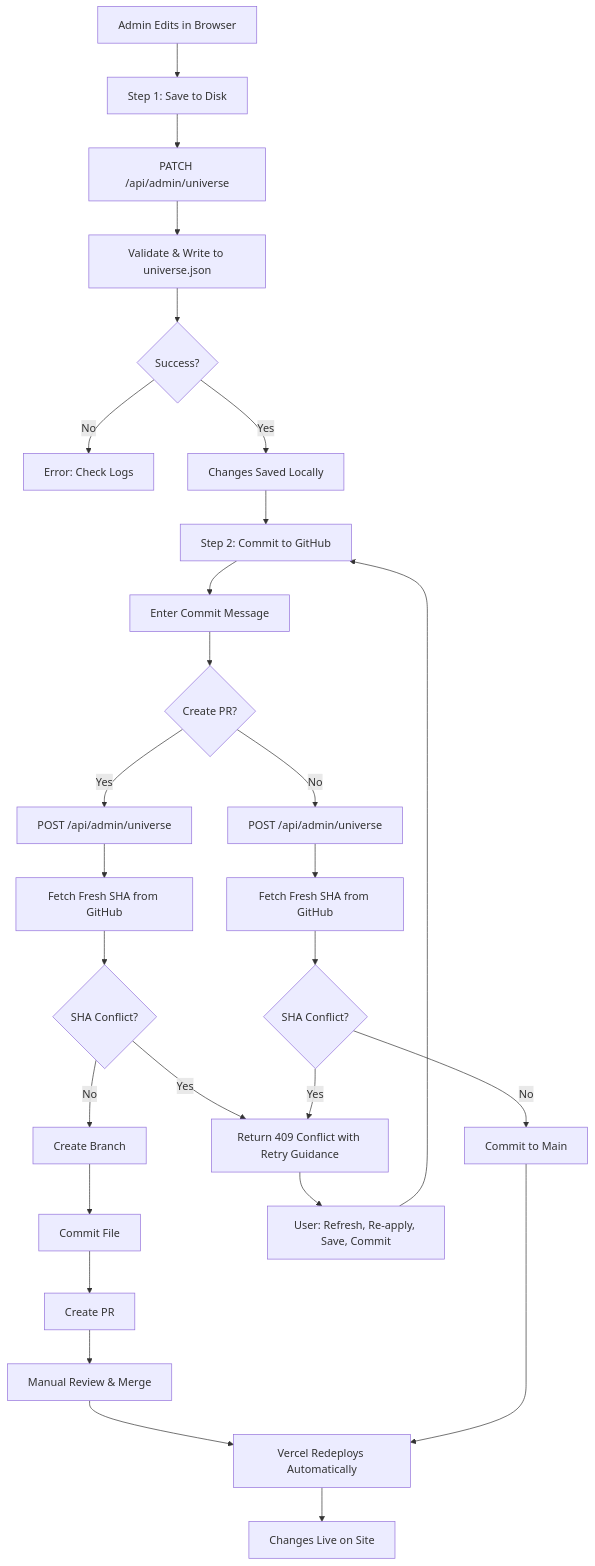
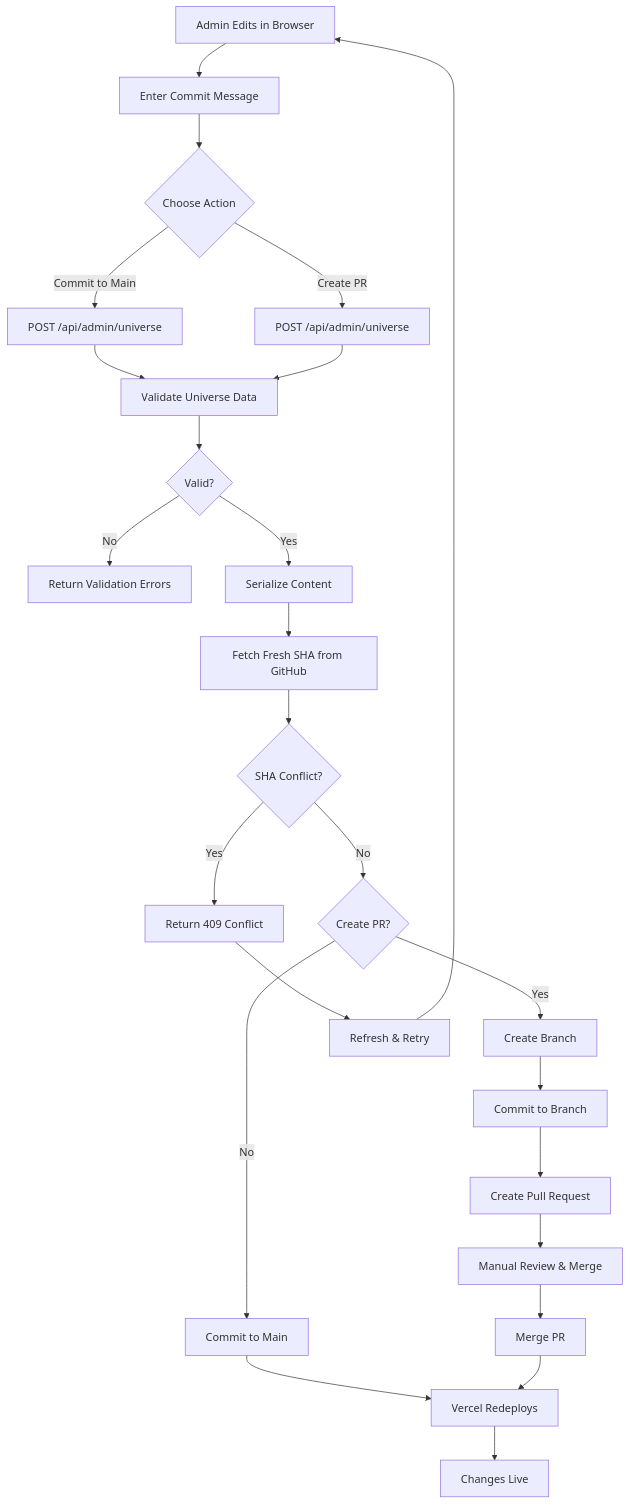
Before and after one commit to AgentFoundryExamples/the-horizon: the diagram in docs/deployment.md, drawn with Mermaid. The commit also changed other lines of this file and 7 other files, not shown here.

````diff
--- a/docs/deployment.md
+++ b/docs/deployment.md
@@ -252,30 +252,27 @@
 ```mermaid
 graph TD
-    A[Admin Edits in Browser] --> B[Step 1: Save to Disk]
-    B --> C[PATCH /api/admin/universe]
-    C --> D[Validate & Write to universe.json]
-    D --> E{Success?}
-    E -->|No| F[Error: Check Logs]
-    E -->|Yes| G[Changes Saved Locally]
-    G --> H[Step 2: Commit to GitHub]
-    H --> I[Enter Commit Message]
-    I --> J{Create PR?}
-    J -->|Yes| K[POST /api/admin/universe]
-    K --> L[Fetch Fresh SHA from GitHub]
-    L --> M{SHA Conflict?}
-    M -->|Yes| N[Return 409 Conflict with Retry Guidance]
-    M -->|No| O[Create Branch]
-    O --> P[Commit File]
-    P --> Q[Create PR]
-    Q --> R[Manual Review & Merge]
-    R --> S[Vercel Redeploys Automatically]
-    J -->|No| T[POST /api/admin/universe]
-    T --> U[Fetch Fresh SHA from GitHub]
-    U --> V{SHA Conflict?}
-    V -->|Yes| N
-    V -->|No| W[Commit to Main]
-    W --> S
-    S --> X[Changes Live on Site]
-    N --> Y[User: Refresh, Re-apply, Save, Commit]
-    Y --> H
+    A[Admin Edits in Browser] --> B[Enter Commit Message]
+    B --> C{Choose Action}
+    C -->|Commit to Main| D[POST /api/admin/universe]
+    C -->|Create PR| E[POST /api/admin/universe]
+    D --> F[Validate Universe Data]
+    E --> F
+    F --> G{Valid?}
+    G -->|No| H[Return Validation Errors]
+    G -->|Yes| I[Serialize Content]
+    I --> J[Fetch Fresh SHA from GitHub]
+    J --> K{SHA Conflict?}
+    K -->|Yes| L[Return 409 Conflict]
+    K -->|No| M{Create PR?}
+    M -->|Yes| N[Create Branch]
+    N --> O[Commit to Branch]
+    O --> P[Create Pull Request]
+    P --> Q[Manual Review & Merge]
+    M -->|No| R[Commit to Main]
+    R --> S[Vercel Redeploys]
+    Q --> T[Merge PR]
+    T --> S
+    S --> U[Changes Live]
+    L --> V[Refresh & Retry]
+    V --> A
 ```
````
